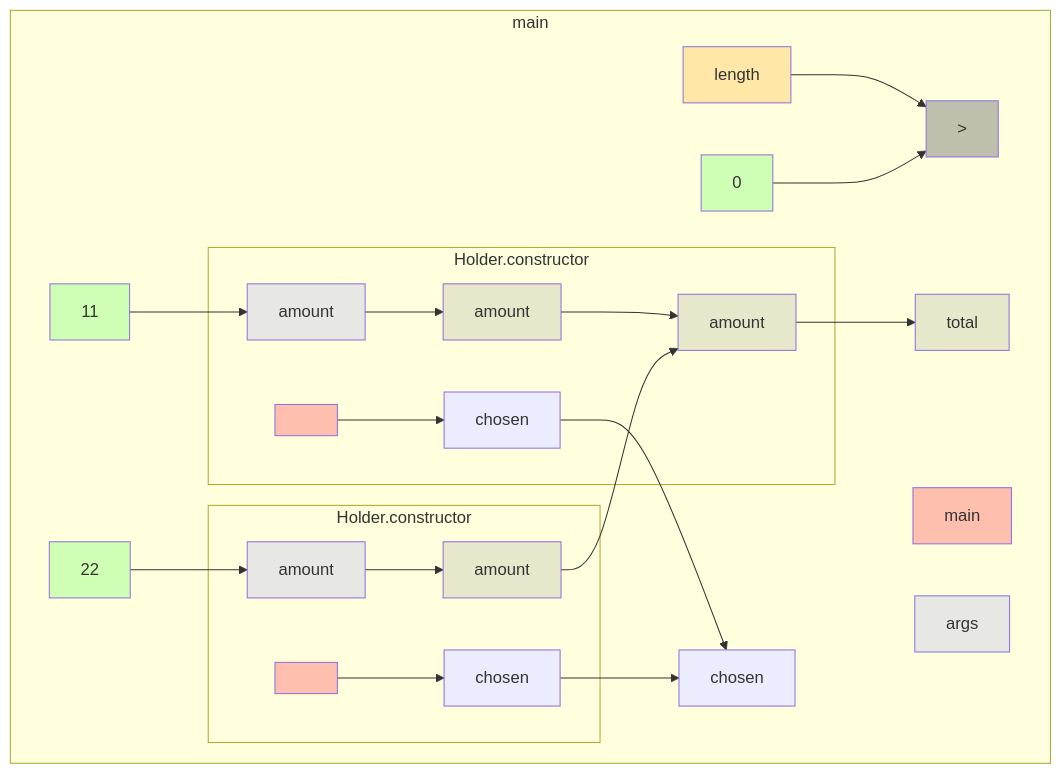
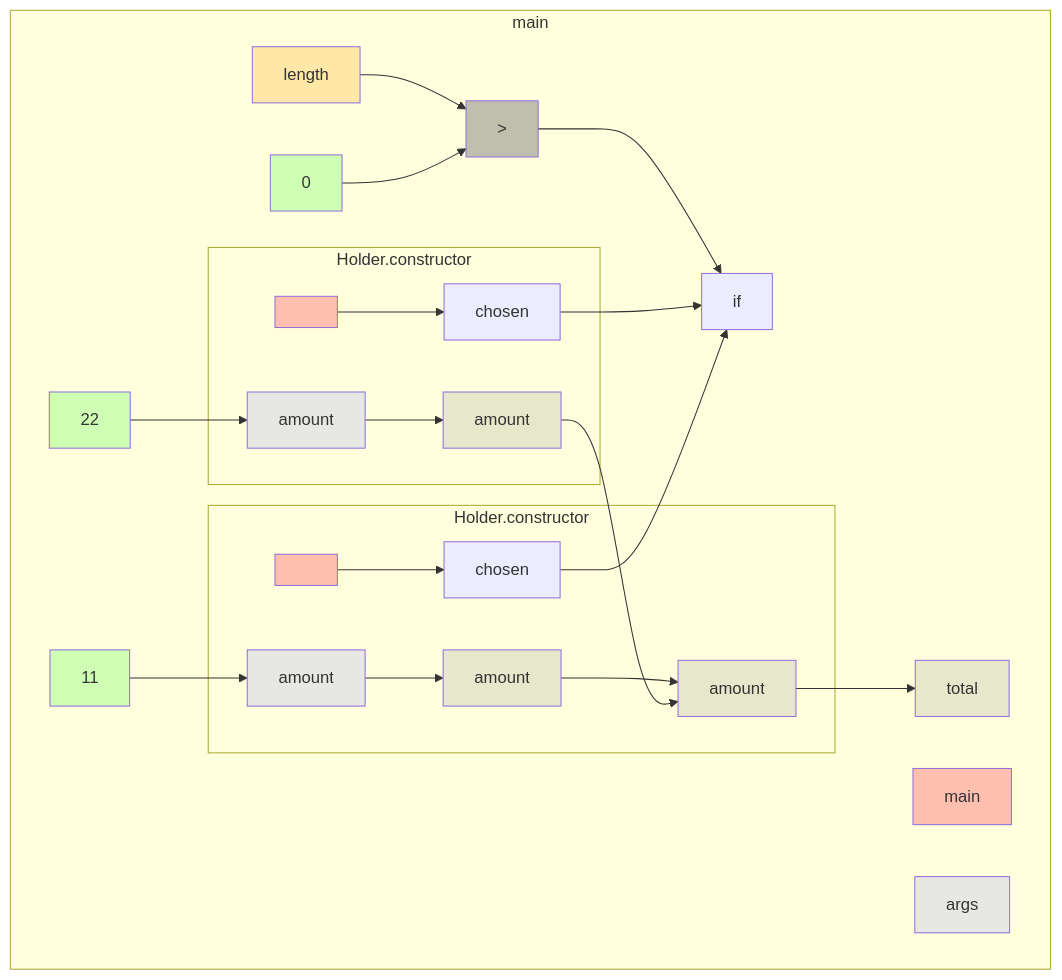
Before and after one commit to gstiebler/codeflow: the diagram in app/src/test/resources/aliasBranch/truth.md, drawn with Mermaid. The commit also changed 11 other files, not shown here.

````diff
--- a/app/src/test/resources/aliasBranch/truth.md
+++ b/app/src/test/resources/aliasBranch/truth.md
@@ -1,47 +1,48 @@
 ```mermaid
 flowchart TD
   subgraph b0["main"]
     n1[main]:::RETURN
     n2[args]:::FUNC_PARAM
     n3[length]:::EXTERNAL
     n4[0]:::LITERAL
     n5[>]:::BIN_OP
     n6[11]:::LITERAL
     n11[chosen]:::OBJ_VARIABLE
     n12[22]:::LITERAL
     n17[chosen]:::OBJ_VARIABLE
-    n18[chosen]:::OBJ_VARIABLE
+    n18[if]:::OBJ_VARIABLE
     n19[amount]:::VARIABLE
     n20[total]:::VARIABLE
     n3[length]:::EXTERNAL --> n5[>]:::BIN_OP
     n4[0]:::LITERAL --> n5[>]:::BIN_OP
+    n5[>]:::BIN_OP --> n18[if]:::OBJ_VARIABLE
     n6[11]:::LITERAL --> n9[amount]:::FUNC_PARAM
-    n11[chosen]:::OBJ_VARIABLE --> n18[chosen]:::OBJ_VARIABLE
+    n11[chosen]:::OBJ_VARIABLE --> n18[if]:::OBJ_VARIABLE
     n12[22]:::LITERAL --> n15[amount]:::FUNC_PARAM
-    n17[chosen]:::OBJ_VARIABLE --> n18[chosen]:::OBJ_VARIABLE
+    n17[chosen]:::OBJ_VARIABLE --> n18[if]:::OBJ_VARIABLE
     n19[amount]:::VARIABLE --> n20[total]:::VARIABLE
     subgraph b7["Holder.constructor"]
       n8[<init>]:::RETURN
       n9[amount]:::FUNC_PARAM
       n10[amount]:::VARIABLE
       n8[<init>]:::RETURN --> n11[chosen]:::OBJ_VARIABLE
       n9[amount]:::FUNC_PARAM --> n10[amount]:::VARIABLE
       n10[amount]:::VARIABLE --> n19[amount]:::VARIABLE
     end
     subgraph b13["Holder.constructor"]
       n14[<init>]:::RETURN
       n15[amount]:::FUNC_PARAM
       n16[amount]:::VARIABLE
       n14[<init>]:::RETURN --> n17[chosen]:::OBJ_VARIABLE
       n15[amount]:::FUNC_PARAM --> n16[amount]:::VARIABLE
       n16[amount]:::VARIABLE --> n19[amount]:::VARIABLE
     end
   end
   classDef LITERAL fill:#00FF0030
   classDef VARIABLE fill:#80808030
   classDef BIN_OP fill:#80808080
   classDef FUNC_PARAM fill:#8080FF30
   classDef RETURN fill:#FF808080
   classDef EXTERNAL fill:#FFA50040
   classDef UNMODELLED fill:#FF000030,stroke-dasharray: 4 2
 ```
````
